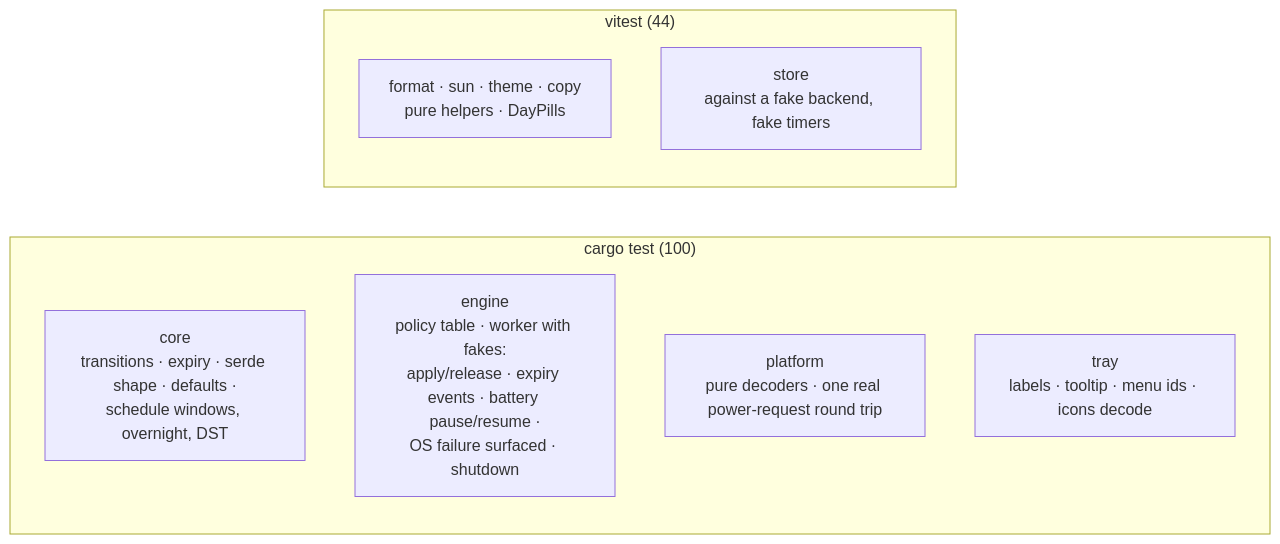
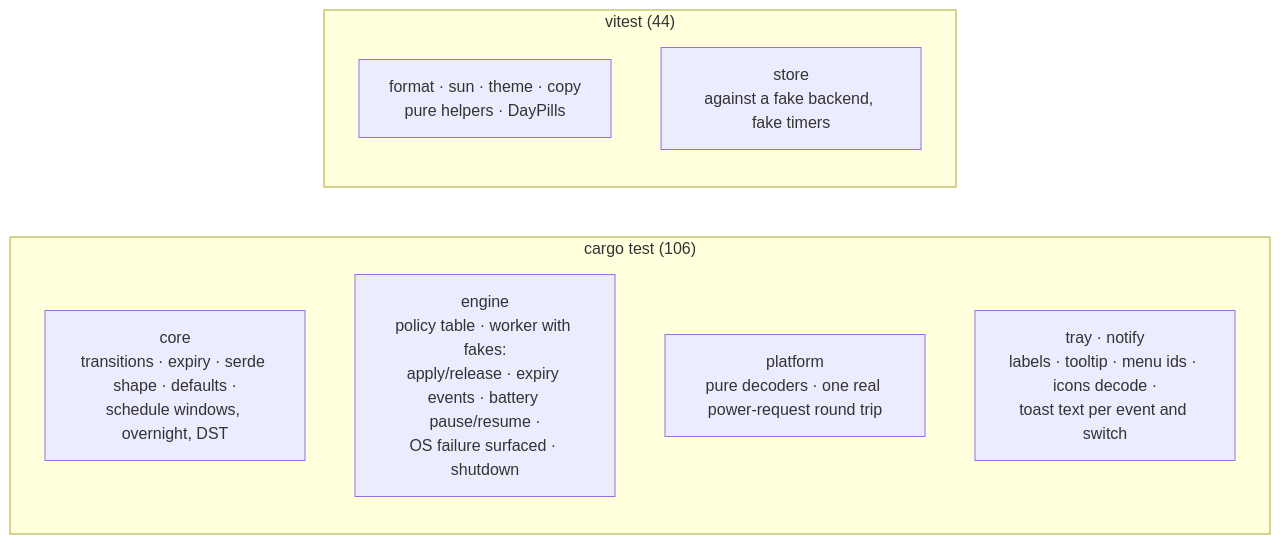
Before and after one commit to ax5hay/KeepMeAwake: the second of 2 diagrams in docs/development.md, drawn with Mermaid. The commit also changed 6 other files, not shown here.

````diff
--- a/docs/development.md
+++ b/docs/development.md
@@ -112,13 +112,13 @@
 ```mermaid
 flowchart LR
-    subgraph rust["cargo test (100)"]
+    subgraph rust["cargo test (106)"]
         core_t["core<br/>transitions · expiry · serde shape · defaults ·<br/>schedule windows, overnight, DST"]
         engine_t["engine<br/>policy table · worker with fakes:<br/>apply/release · expiry events · battery pause/resume ·<br/>OS failure surfaced · shutdown"]
         platform_t["platform<br/>pure decoders · one real power-request round trip"]
-        tray_t["tray<br/>labels · tooltip · menu ids · icons decode"]
+        tray_t["tray · notify<br/>labels · tooltip · menu ids · icons decode ·<br/>toast text per event and switch"]
     end
     subgraph ui["vitest (44)"]
         fmt["format · sun · theme · copy<br/>pure helpers · DayPills"]
         store_t["store<br/>against a fake backend, fake timers"]
     end
 ```
````
